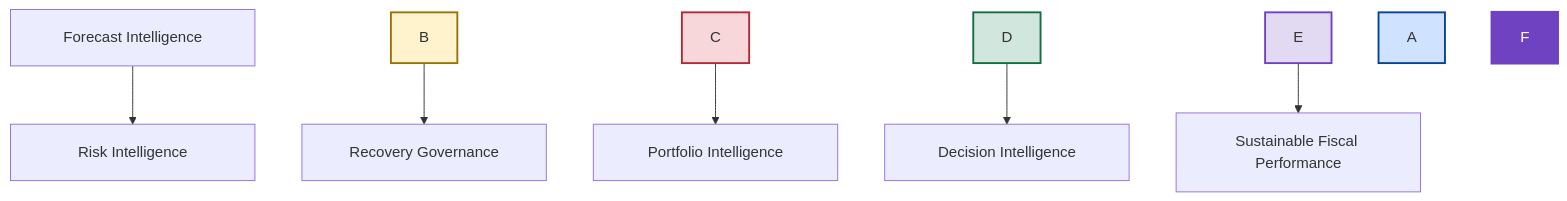
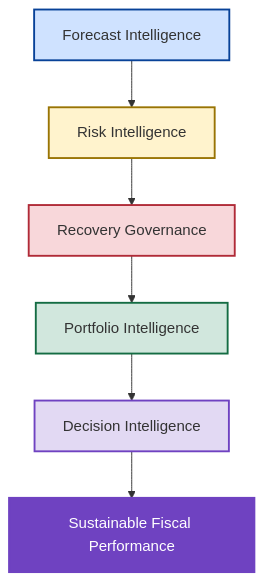
One commit to AwesomeAnil/newbridge-saas-operating-system changed the first of 3 diagrams in 12_Next_Generation_Operating_Model/next-generation-revenue-operating-model.md. Above: the diagram before and after it, drawn with Mermaid. The commit also changed other lines of this file, not shown here.

````diff
--- a/12_Next_Generation_Operating_Model/next-generation-revenue-operating-model.md
+++ b/12_Next_Generation_Operating_Model/next-generation-revenue-operating-model.md
@@ -41,15 +42,27 @@
 ```mermaid
 flowchart TD
-A\["<table><tr><td width='350' align='center'>Forecast Intelligence</td></tr></table>"] --> B\["<table><tr><td width='350' align='center'>Risk Intelligence</td></tr></table>"]
-B --> C\["<table><tr><td width='350' align='center'>Recovery Governance</td></tr></table>"]
-C --> D\["<table><tr><td width='350' align='center'>Portfolio Intelligence</td></tr></table>"]
-D --> E\["<table><tr><td width='350' align='center'>Decision Intelligence</td></tr></table>"]
-E --> F\["<table><tr><td width='350' align='center'>Sustainable Fiscal Performance</td></tr></table>"]
-%% Individual Node Color Overrides
+
+A["Forecast Intelligence"]
+
+--> B["Risk Intelligence"]
+
+--> C["Recovery Governance"]
+
+--> D["Portfolio Intelligence"]
+
+--> E["Decision Intelligence"]
+
+--> F["Sustainable Fiscal Performance"]
+
 style A fill:#cfe2ff,stroke:#084298,stroke-width:2px
+
 style B fill:#fff3cd,stroke:#997404,stroke-width:2px
+
 style C fill:#f8d7da,stroke:#b02a37,stroke-width:2px
+
 style D fill:#d1e7dd,stroke:#146c43,stroke-width:2px
+
 style E fill:#e2d9f3,stroke:#6f42c1,stroke-width:2px
+
 style F fill:#6f42c1,color:#ffffff,stroke:#6f42c1,stroke-width:3px
 ```
````
